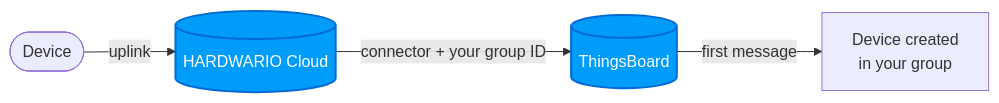
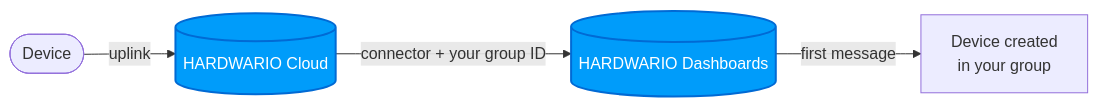
Before and after one commit to hardwario/website-hardwario-docs: the diagram in apps/thingsboard/cloud-connection.md, drawn with Mermaid. The commit also changed other lines of this file and 175 other files, not shown here.

First line of the commit message:
HARDWARIO Dashboards: Rewrite the ThingsBoard docs to follow the video series (EN, CS)

````diff
--- a/apps/thingsboard/cloud-connection.md
+++ b/apps/thingsboard/cloud-connection.md
@@ -23,9 +23,9 @@
 ```mermaid
 flowchart LR
   Device([Device]) -->|uplink| Cloud[(HARDWARIO Cloud)]
-  Cloud -->|connector + your group ID| TB[(ThingsBoard)]
+  Cloud -->|connector + your group ID| TB[(HARDWARIO Dashboards)]
   TB -->|first message| New[Device created<br/>in your group]
   classDef hero fill:#009cfa,stroke:#016ad4,stroke-width:2px,color:#ffffff;
   class Cloud hero;
   class TB hero;
 ```
````
